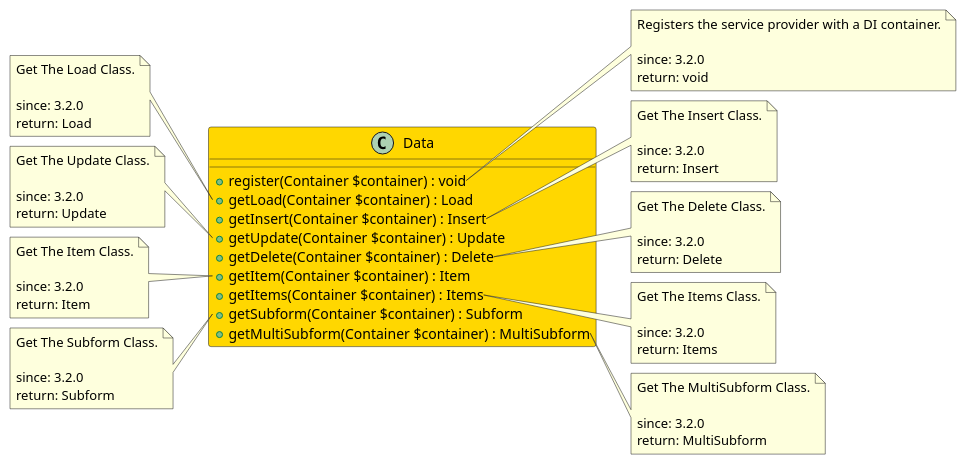
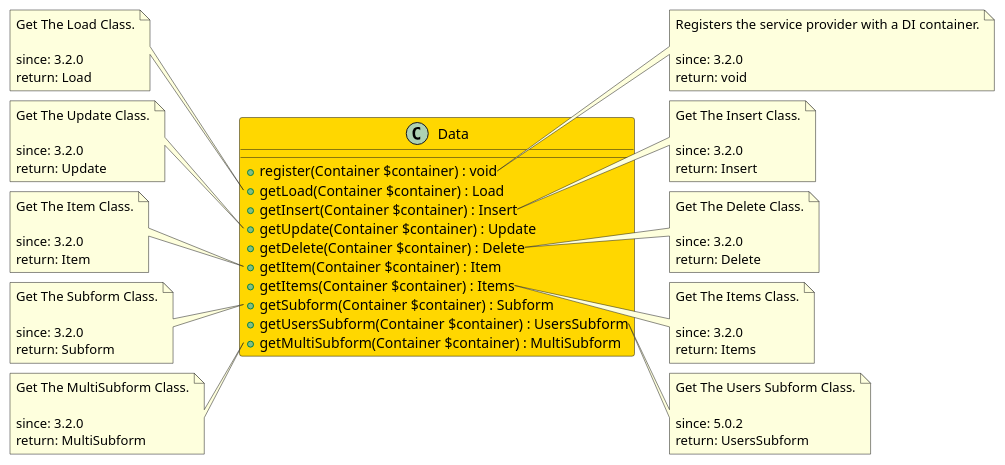
One commit to joomengine/super-powers changed the diagram in src/a5daf189-3345-4b13-8716-c51f686f545b/README.md. Above: the diagram before and after it, drawn with PlantUML. The commit also changed 29 other files, not shown here.

```diff
--- a/src/a5daf189-3345-4b13-8716-c51f686f545b/README.md
+++ b/src/a5daf189-3345-4b13-8716-c51f686f545b/README.md
@@ -20,6 +20,7 @@
   + getItem(Container $container) : Item
   + getItems(Container $container) : Items
   + getSubform(Container $container) : Subform
+  + getUsersSubform(Container $container) : UsersSubform
   + getMultiSubform(Container $container) : MultiSubform
 }
 
@@ -79,7 +80,14 @@
   return: Subform
 end note
 
-note right of Data::getMultiSubform
+note right of Data::getUsersSubform
+  Get The Users Subform Class.
+
+  since: 5.0.2
+  return: UsersSubform
+end note
+
+note left of Data::getMultiSubform
   Get The MultiSubform Class.
 
   since: 3.2.0
```
